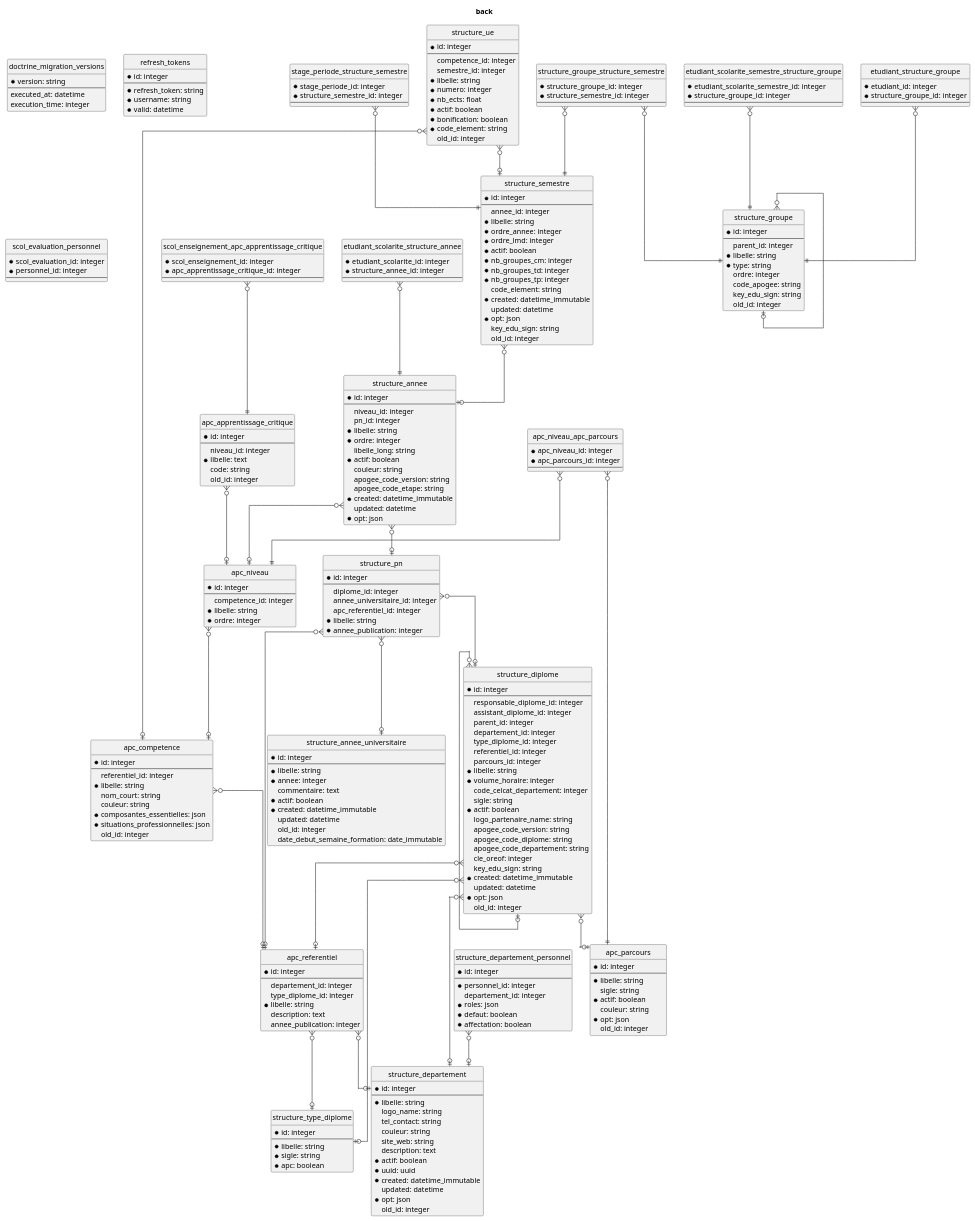
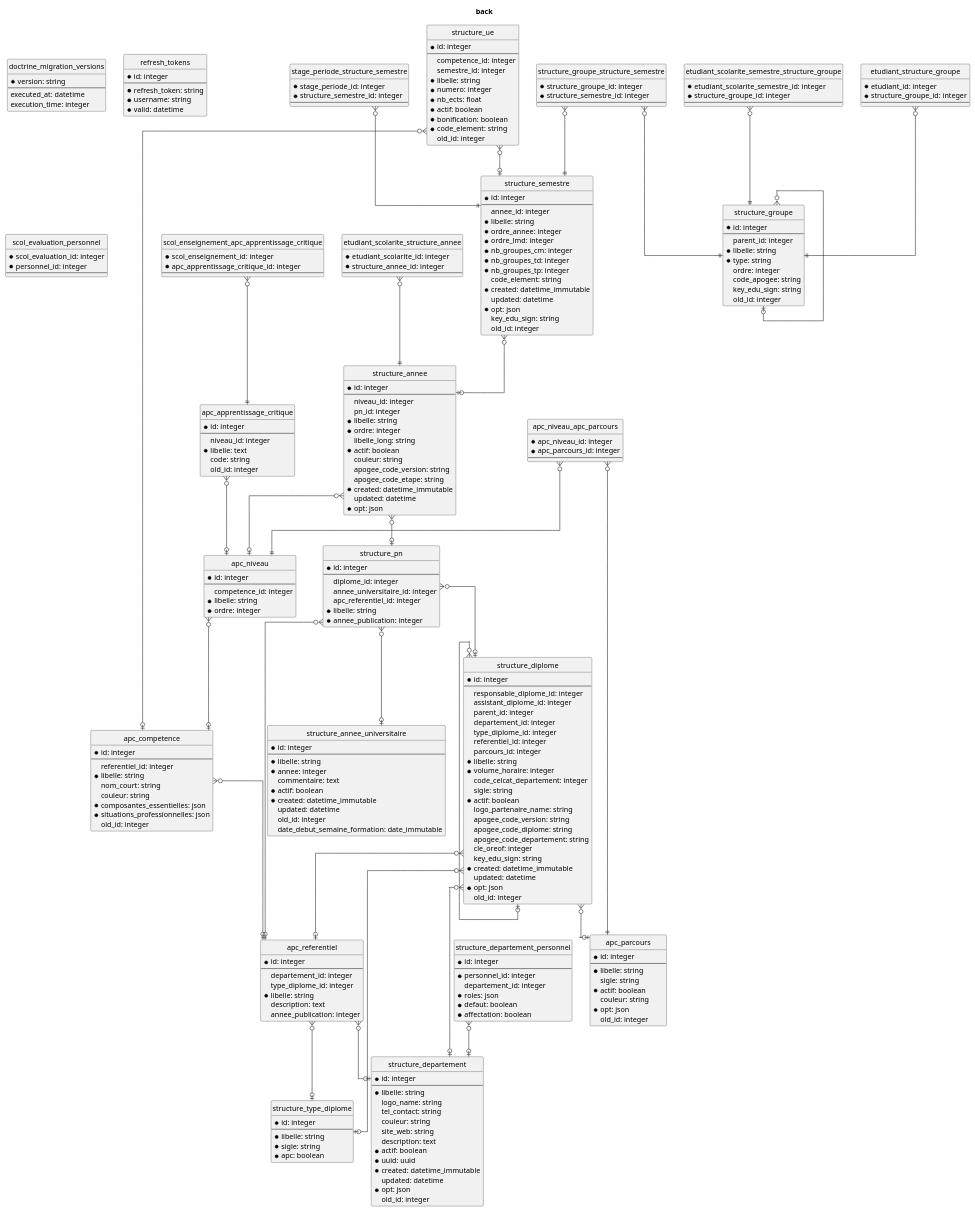
Before and after one commit to IUTTroyes/uniServices: the diagram in back/schema_structure_apc.puml, drawn with PlantUML. The commit also changed 52 other files, not shown here.

```diff
--- a/back/schema_structure_apc.puml
+++ b/back/schema_structure_apc.puml
@@ -209,7 +209,6 @@
 * libelle: string
 * ordre_annee: integer
 * ordre_lmd: integer
-* actif: boolean
 * nb_groupes_cm: integer
 * nb_groupes_td: integer
 * nb_groupes_tp: integer
```
